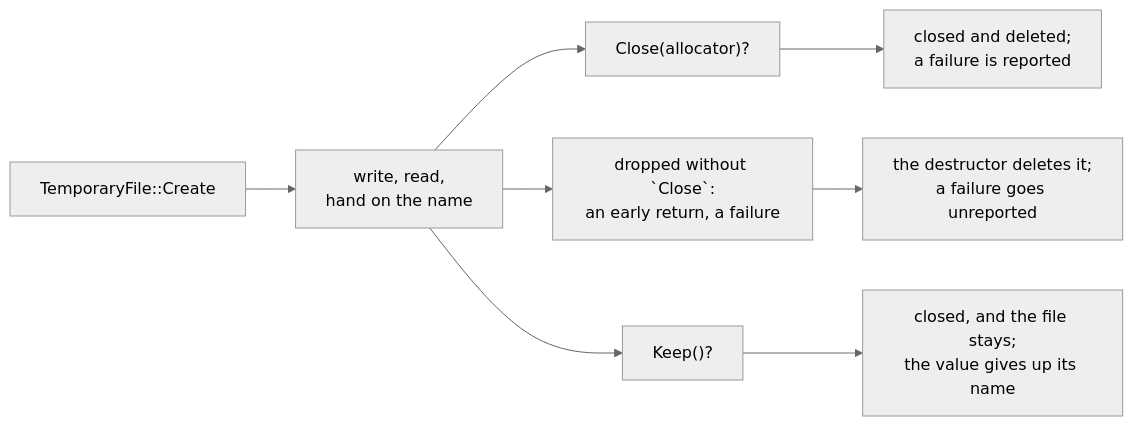
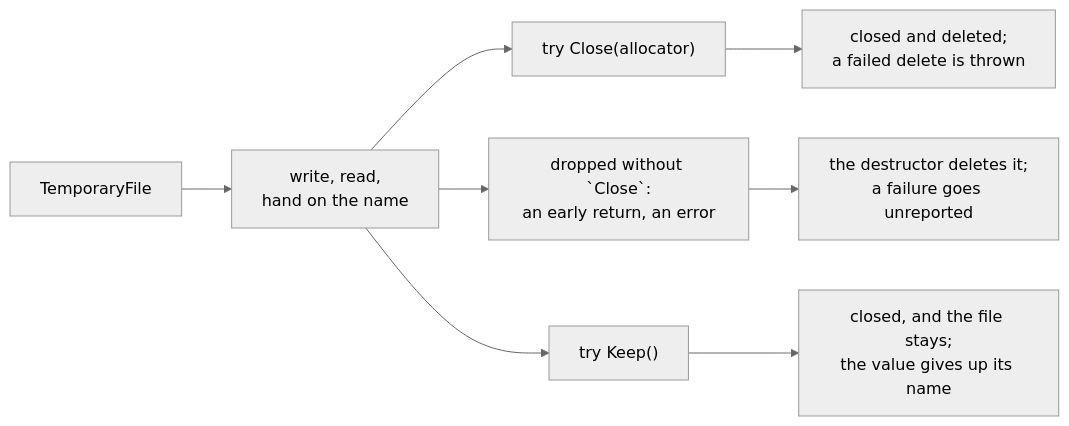
The diagram in content/docs/1.learn/19.files/10.temporary-file.md (rux-lang/Web), drawn with Mermaid (neutral theme) before and after one commit. The commit also changed other lines of this file and 736 other files, not shown here.

````diff
--- a/content/docs/1.learn/19.files/10.temporary-file.md
+++ b/content/docs/1.learn/19.files/10.temporary-file.md
@@ -47,10 +47,10 @@
 ```mermaid
 flowchart LR
-    c["`TemporaryFile::Create`"] --> use["write, read,<br/>hand on the name"]
-    use --> close["`Close(allocator)?`"]
-    use --> drop["dropped without `Close`:<br/>an early return, a failure"]
-    use --> keep["`Keep()?`"]
-    close --> gone1["closed and deleted;<br/>a failure is reported"]
+    c["`TemporaryFile`"] --> use["write, read,<br/>hand on the name"]
+    use --> close["`try Close(allocator)`"]
+    use --> drop["dropped without `Close`:<br/>an early return, an error"]
+    use --> keep["`try Keep()`"]
+    close --> gone1["closed and deleted;<br/>a failed delete is thrown"]
     drop --> gone2["the destructor deletes it;<br/>a failure goes unreported"]
     keep --> stays["closed, and the file stays;<br/>the value gives up its name"]
 ```
````
